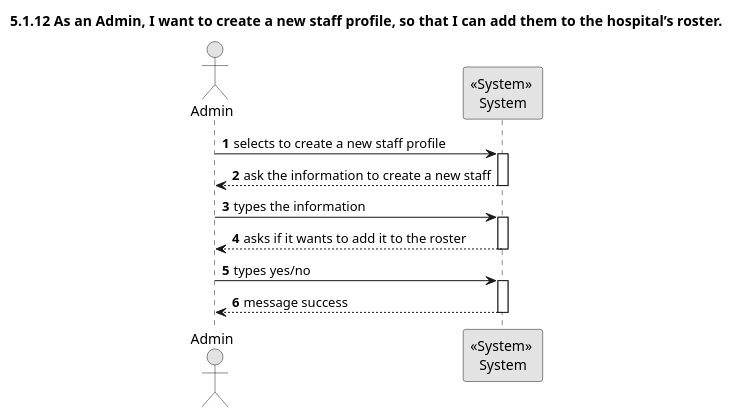
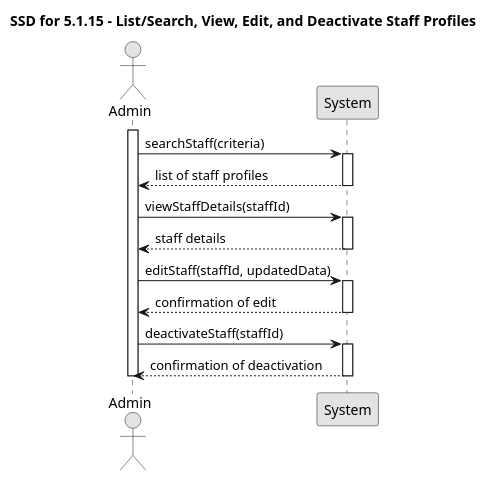
The diagram in Docs/1211846/US5_1_15/us5_1_15_ssd.puml (Educ00/Sem5Pi2425), drawn with PlantUML before and after one commit. The commit also changed 12 other files, not shown here.

```diff
--- a/Docs/1211846/US5_1_15/us5_1_15_ssd.puml
+++ b/Docs/1211846/US5_1_15/us5_1_15_ssd.puml
@@ -1,32 +1,33 @@
 @startuml
 skinparam monochrome true
 skinparam packageStyle rectangle
 skinparam shadowing false
 
-title 5.1.12 As an Admin, I want to create a new staff profile, so that I can add them to the hospital’s roster.
+title SSD for 5.1.15 - List/Search, View, Edit, and Deactivate Staff Profiles
 
+actor "Admin" as Admin
+participant "System" as System
 
-autonumber
-actor "Admin" as ADMIN
-
-participant "<<System>> \nSystem" as System
-
-    ADMIN -> System : selects to create a new staff profile
+activate Admin
+    Admin -> System : searchStaff(criteria)
     activate System
-
-    System --> ADMIN : ask the information to create a new staff
-    deactivate System
-
-    ADMIN -> System : types the information
-    activate System
-
-    System --> ADMIN : asks if it wants to add it to the roster
+    System --> Admin : list of staff profiles
     deactivate System
     
-    ADMIN -> System : types yes/no
+    Admin -> System : viewStaffDetails(staffId)
     activate System
-
-    System --> ADMIN : message success
-    deactivate System    
-
+    System --> Admin : staff details
+    deactivate System
+    
+    Admin -> System : editStaff(staffId, updatedData)
+    activate System
+    System --> Admin : confirmation of edit
+    deactivate System
+    
+    Admin -> System : deactivateStaff(staffId)
+    activate System
+    System --> Admin : confirmation of deactivation
+    deactivate System
+    
+deactivate Admin
 @enduml
```
